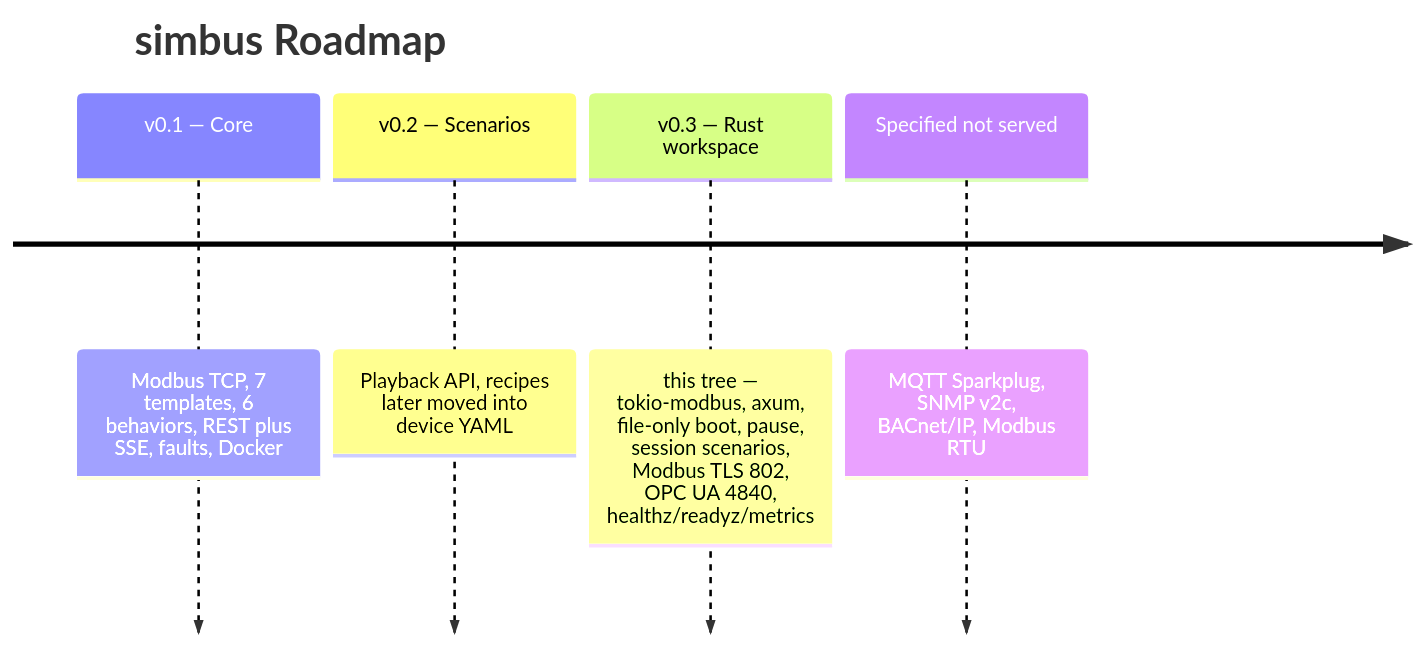
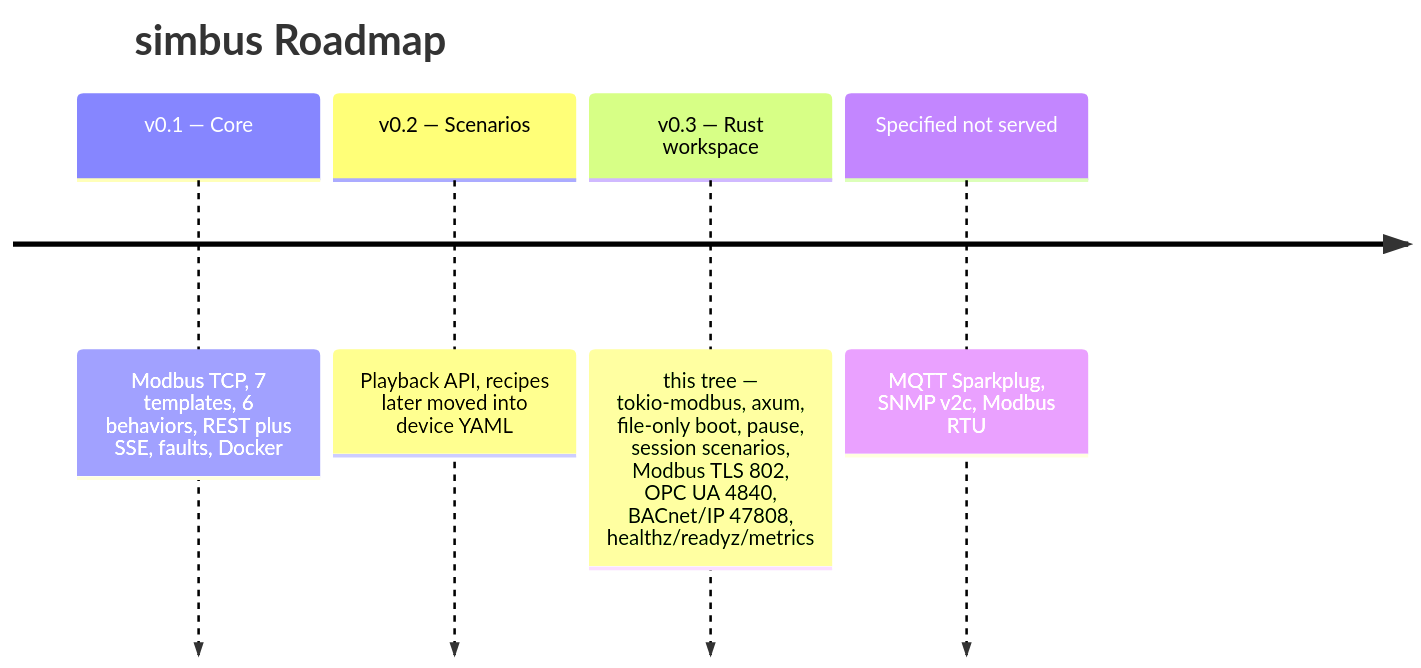
The fifth of 5 diagrams in README.md (obsidia-systems/simbus), drawn with Mermaid before and after one commit. The commit also changed other lines of this file and 28 other files, not shown here.

````diff
--- a/README.md
+++ b/README.md
@@ -891,8 +945,8 @@
 ```mermaid
 timeline
     title simbus Roadmap
     v0.1 — Core : Modbus TCP, 7 templates, 6 behaviors, REST plus SSE, faults, Docker
     v0.2 — Scenarios : Playback API, recipes later moved into device YAML
-    v0.3 — Rust workspace : this tree — tokio-modbus, axum, file-only boot, pause, session scenarios, Modbus TLS 802, OPC UA 4840, healthz/readyz/metrics
-    Specified not served : MQTT Sparkplug, SNMP v2c, BACnet/IP, Modbus RTU
+    v0.3 — Rust workspace : this tree — tokio-modbus, axum, file-only boot, pause, session scenarios, Modbus TLS 802, OPC UA 4840, BACnet/IP 47808, healthz/readyz/metrics
+    Specified not served : MQTT Sparkplug, SNMP v2c, Modbus RTU
 ```
````
